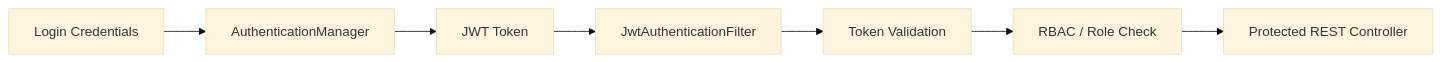
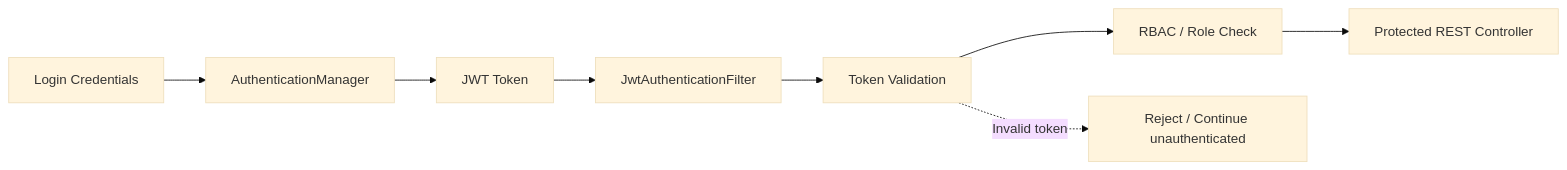
The fourth of 6 diagrams in ARCHITECTURE.md (deadlyrps2802/PayCore), drawn with Mermaid (base theme) before and after one commit. The commit also changed other lines of this file, not shown here.

Commit message:
docs: update architecture for API docs and exception handling

````diff
--- a/ARCHITECTURE.md
+++ b/ARCHITECTURE.md
@@ -56,9 +61,10 @@
 ```mermaid
 flowchart LR
     L[Login Credentials] --> AM[AuthenticationManager]
     AM --> JWT[JWT Token]
     JWT --> INT[JwtAuthenticationFilter]
     INT --> VAL[Token Validation]
     VAL --> ROLE[RBAC / Role Check]
     ROLE --> CTRL[Protected REST Controller]
+    VAL -. Invalid token .-> DENY[Reject / Continue unauthenticated]
 ```
````
